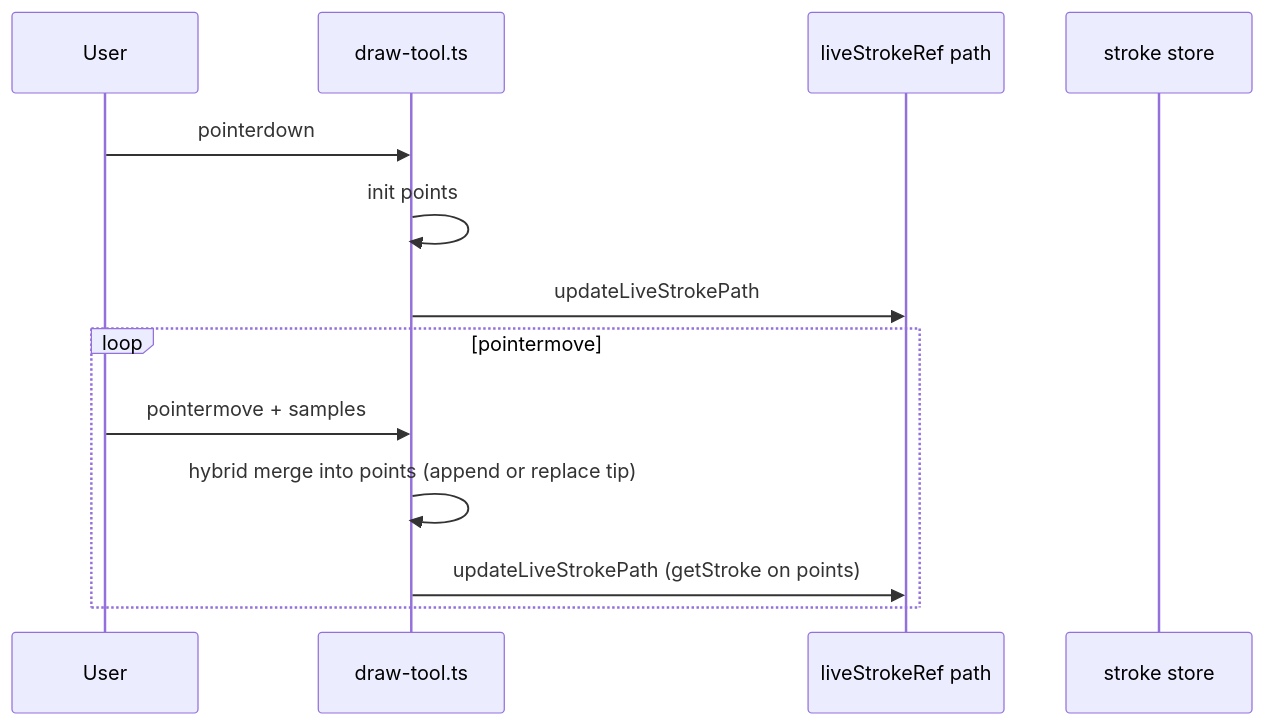
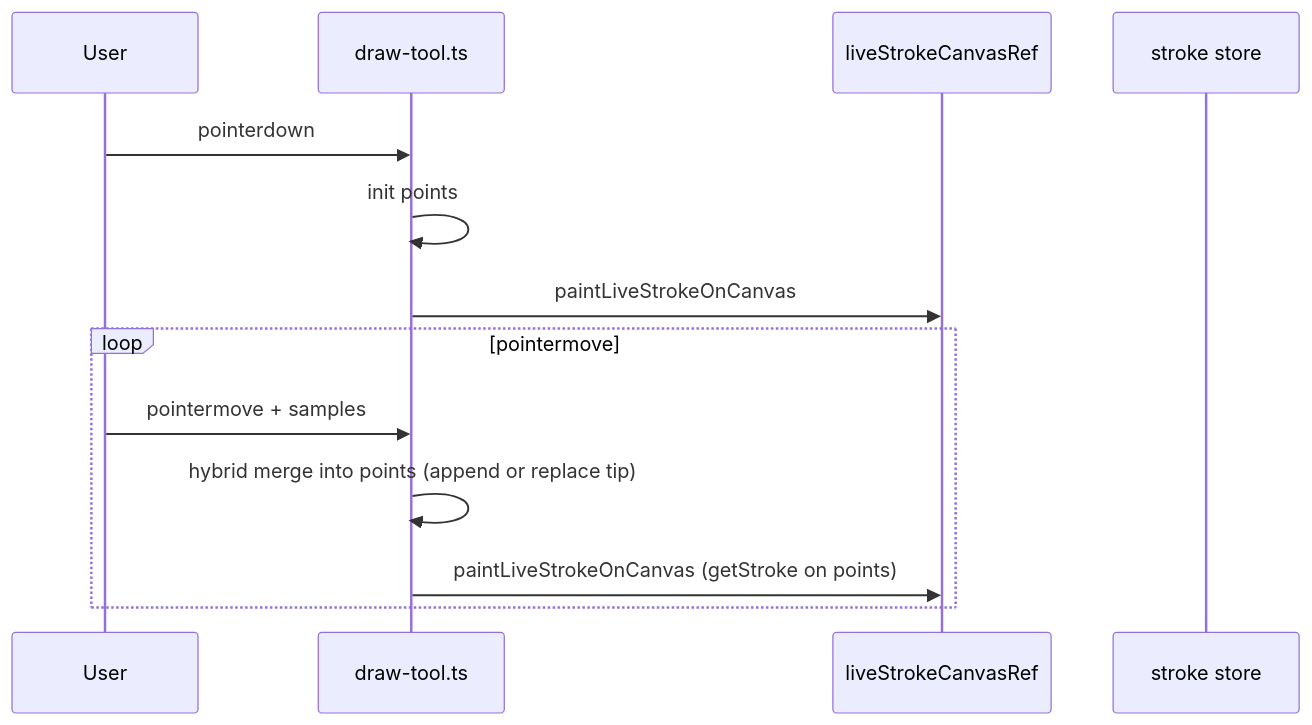
Before and after one commit to daledesilva/obsidian_ink: the second of 4 diagrams in docs/ink-canvas-live-drawing.md, drawn with Mermaid. The commit also changed other lines of this file and 6 other files, not shown here.

First line of the commit message:
added: Moved in-progress strokes onto an HTML canvas overlay so live drawing stays responsive on long SVG pages. Cleared the overlay on pointer up after the stroke commits to the SVG store, keeping the same perfect-freehand path for WYSIWYG.

````diff
--- a/docs/ink-canvas-live-drawing.md
+++ b/docs/ink-canvas-live-drawing.md
@@ -42,17 +49,17 @@
 ```mermaid
 sequenceDiagram
   participant User
   participant DrawTool as draw-tool.ts
-  participant LivePath as liveStrokeRef path
+  participant LiveCanvas as liveStrokeCanvasRef
   participant Store as stroke store
 
   User->>DrawTool: pointerdown
   DrawTool->>DrawTool: init points
-  DrawTool->>LivePath: updateLiveStrokePath
+  DrawTool->>LiveCanvas: paintLiveStrokeOnCanvas
 
   loop pointermove
     User->>DrawTool: pointermove + samples
     DrawTool->>DrawTool: hybrid merge into points (append or replace tip)
-    DrawTool->>LivePath: updateLiveStrokePath (getStroke on points)
+    DrawTool->>LiveCanvas: paintLiveStrokeOnCanvas (getStroke on points)
   end
 ```
````
